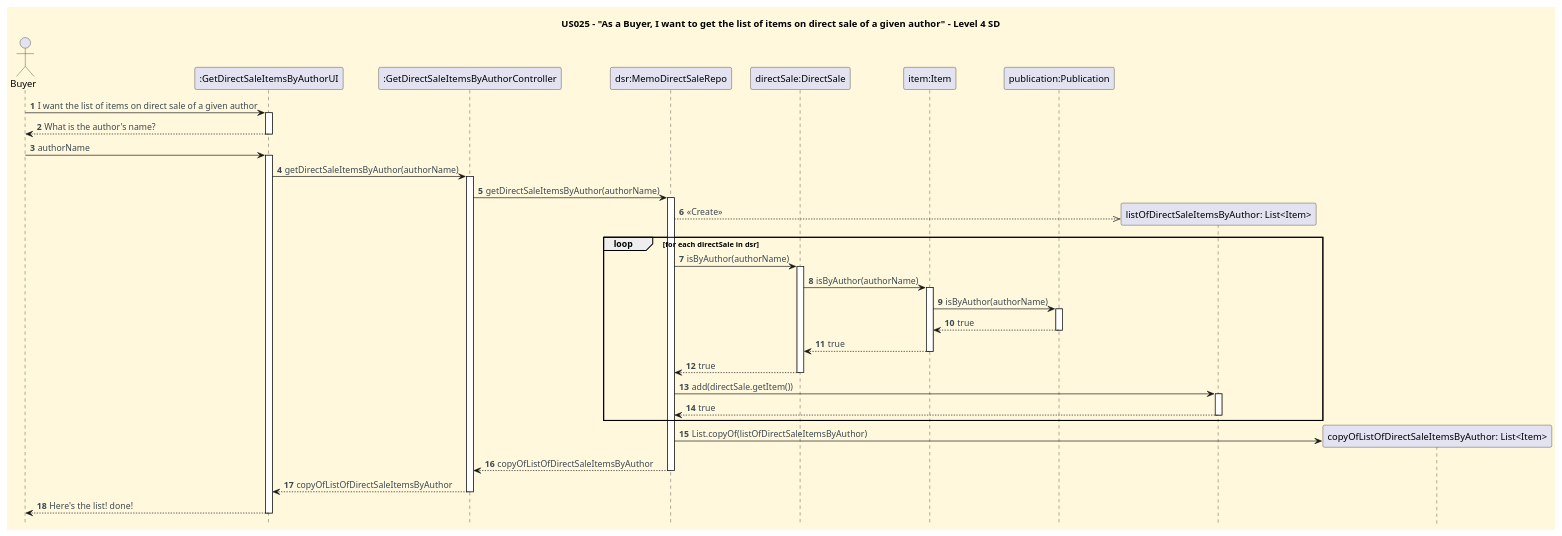
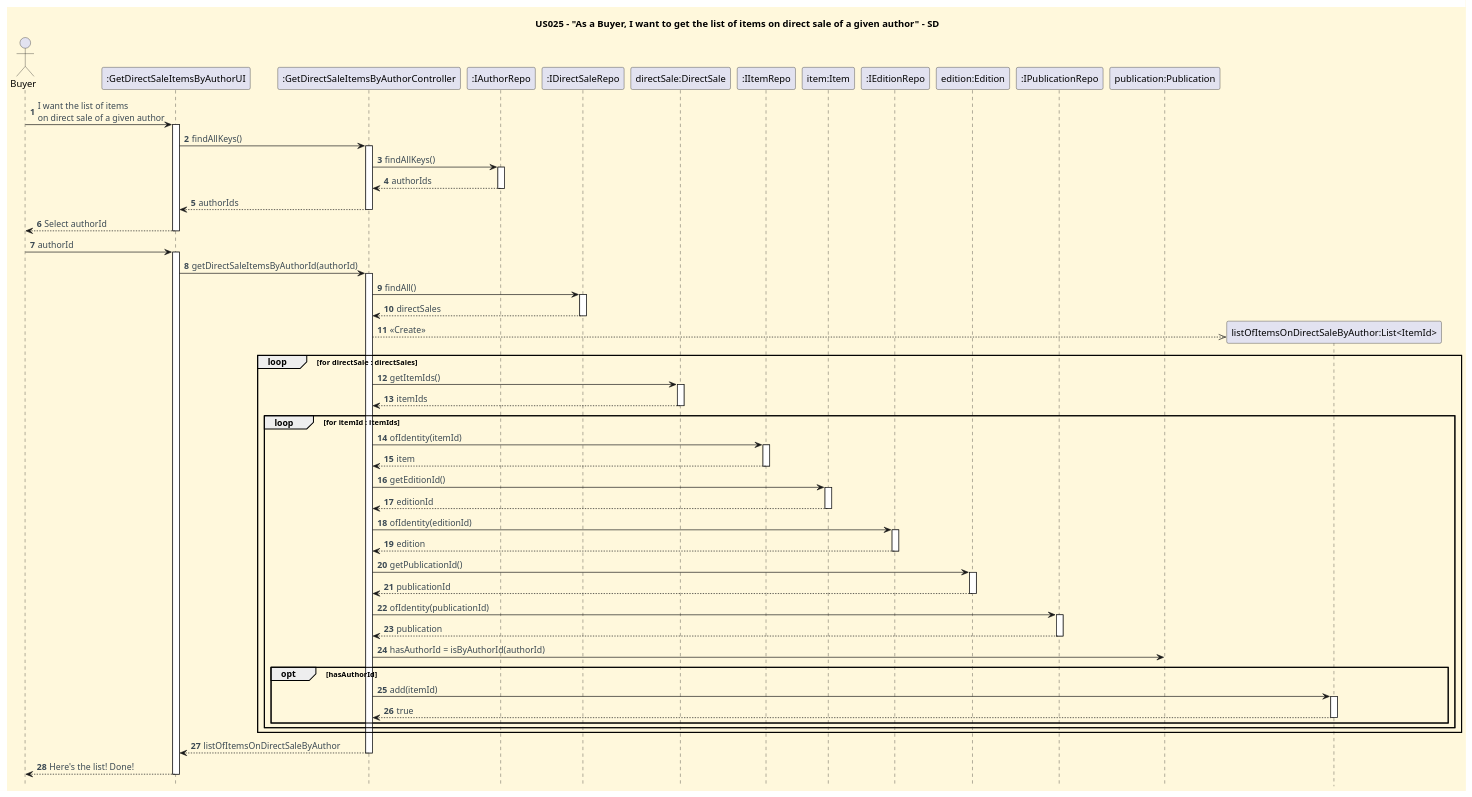
Before and after one commit to CarolinaLeite-collab/JavaMarketplacePlatform: the diagram in docs/user-stories/US025/US025_get_list_of_items_on_direct_sale_of_given_author_SD_3.puml, drawn with PlantUML. The commit also changed 5 other files, not shown here.

Commit message:
docs: updates SSD, SD and CD concerning GetDirectSaleItemsByAuthorController according to DDD, refs #570

```diff
--- a/docs/user-stories/US025/US025_get_list_of_items_on_direct_sale_of_given_author_SD_3.puml
+++ b/docs/user-stories/US025/US025_get_list_of_items_on_direct_sale_of_given_author_SD_3.puml
@@ -1,79 +1,107 @@
 @startuml
-title US025 – "As a Buyer, I want to get the list of items on direct sale of a given author" - Level 4 SD
+title US025 – "As a Buyer, I want to get the list of items on direct sale of a given author" - SD
 hidefootbox
 
-'==== basic style ====
-skinparam monochrome false
 skinparam shadowing false
 skinparam defaultFontName Futura
 skinparam objectFontSize 20
 skinparam backgroundColor CornSilk
 skinparam objectBackgroundColor WhiteSmoke
-skinparam noteBackgroundColor #FFFFE0
 skinparam ArrowFontColor #3B4953
-skinparam ActivationBackgroundColor black
 
 autonumber
 autoactivate off
 
-' --- Actor and participants ---
 actor Buyer
 participant ":GetDirectSaleItemsByAuthorUI" as UI
 participant ":GetDirectSaleItemsByAuthorController" as CTL
-participant "dsr:MemoDirectSaleRepo" as DSR
-participant "directSale:DirectSale" as DS
-participant "item:Item" as IT
-participant "publication:Publication" as PUB
+participant ":IAuthorRepo" as AR
+participant ":IDirectSaleRepo" as DSR
+participant "directSale:DirectSale" as DirectSale
+participant ":IItemRepo" as IR
+participant "item:Item" as Item
+participant ":IEditionRepo" as ER
+participant "edition:Edition" as Edition
+participant ":IPublicationRepo" as PR
+participant "publication:Publication" as Publication
 
 
+Buyer -> UI: I want the list of items \non direct sale of a given author
+activate UI
+UI -> CTL : findAllKeys()
+activate CTL
+CTL -> AR : findAllKeys()
+activate AR
 
-' --- Dialog ---
-Buyer -> UI: I want the list of items on direct sale of a given author
+AR --> CTL : authorIds
+deactivate AR
+
+CTL --> UI : authorIds
+deactivate CTL
+UI --> Buyer: Select authorId
+deactivate UI
+Buyer -> UI: authorId
 activate UI
-UI --> Buyer: What is the author's name?
-deactivate UI
-Buyer -> UI: authorName
-activate UI
-UI -> CTL: getDirectSaleItemsByAuthor(authorName)
+
+
+UI -> CTL: getDirectSaleItemsByAuthorId(authorId)
 activate CTL
-CTL -> DSR: getDirectSaleItemsByAuthor(authorName)
+
+CTL -> DSR: findAll()
 activate DSR
 
-create "listOfDirectSaleItemsByAuthor: List<Item>" as List
-DSR -->> List: <<Create>>
+DSR --> CTL: directSales
+deactivate DSR
 
-loop for each directSale in dsr
-    DSR -> DS: isByAuthor(authorName)
-    activate DS
-    DS -> IT: isByAuthor(authorName)
-    activate IT
-    IT -> PUB: isByAuthor(authorName)
-    activate PUB
-    PUB --> IT: true
-    deactivate PUB
-    IT --> DS: true
-    deactivate IT
-    DS --> DSR: true
-    deactivate DS
-    DSR -> List: add(directSale.getItem())
-    activate List
-    List --> DSR: true
-    deactivate List
+create "listOfItemsOnDirectSaleByAuthor:List<ItemId>"
+CTL -->> "listOfItemsOnDirectSaleByAuthor:List<ItemId>" : <<Create>>
+
+loop for directSale : directSales
+CTL -> DirectSale : getItemIds()
+activate DirectSale
+DirectSale --> CTL : itemIds
+deactivate DirectSale
+
+loop for itemId : itemIds
+CTL -> IR : ofIdentity(itemId)
+activate IR
+IR --> CTL : item
+deactivate IR
+CTL -> Item : getEditionId()
+activate Item
+Item --> CTL : editionId
+deactivate Item
+
+CTL -> ER : ofIdentity(editionId)
+activate ER
+ER --> CTL : edition
+deactivate ER
+CTL -> Edition : getPublicationId()
+activate Edition
+Edition --> CTL : publicationId
+deactivate Edition
+
+CTL -> PR : ofIdentity(publicationId)
+activate PR
+PR --> CTL : publication
+deactivate PR
+
+CTL -> Publication : hasAuthorId = isByAuthorId(authorId)
+
+opt hasAuthorId
+CTL -> "listOfItemsOnDirectSaleByAuthor:List<ItemId>" : add(itemId)
+activate "listOfItemsOnDirectSaleByAuthor:List<ItemId>"
+"listOfItemsOnDirectSaleByAuthor:List<ItemId>" --> CTL : true
+deactivate "listOfItemsOnDirectSaleByAuthor:List<ItemId>"
+end
+end
 end
 
 
+CTL --> UI: listOfItemsOnDirectSaleByAuthor
+deactivate CTL
 
-create "copyOfListOfDirectSaleItemsByAuthor: List<Item>" as Copy
-DSR -> Copy: List.copyOf(listOfDirectSaleItemsByAuthor)
-
-'participant "author:Author" as AUT
-
-
-DSR --> CTL: copyOfListOfDirectSaleItemsByAuthor
-deactivate DSR
-CTL --> UI: copyOfListOfDirectSaleItemsByAuthor
-deactivate CTL
-UI --> Buyer: Here's the list! done!
+UI --> Buyer: Here's the list! Done!
 deactivate UI
 
 @enduml
```
